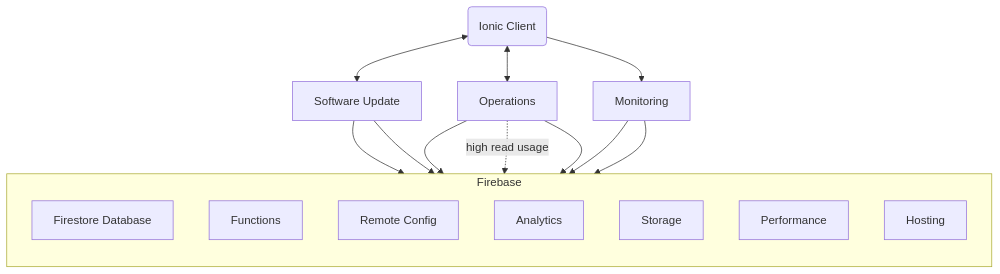
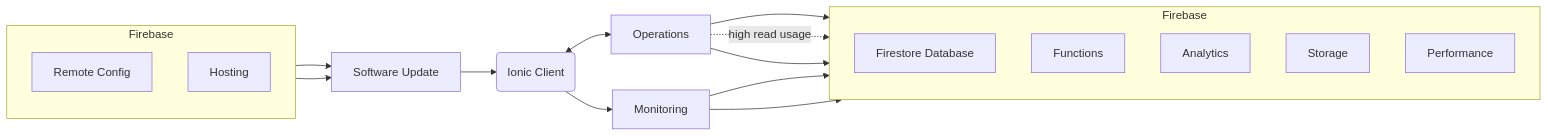
The diagram in client/public/article/2025-11-13.md (SiegeSailor/Website), drawn with Mermaid before and after one commit. The commit also changed 2 other files, not shown here.

Commit message:
fix: Enhance styling for Mermaid and ModalImage components

````diff
--- a/client/public/article/2025-11-13.md
+++ b/client/public/article/2025-11-13.md
@@ -22,26 +22,30 @@
 ```mermaid
-flowchart TB
-  subgraph Firebase
+flowchart LR
+  subgraph F1[Firebase]
+    direction TB
+    RC[Remote Config]
+    H[Hosting]
+  end
+
+  subgraph F2[Firebase]
     direction TB
     FD[Firestore Database]
     F[Functions]
-    RF[Remote Config]
     A[Analytics]
     S[Storage]
     P[Performance]
-    H[Hosting]
   end
 
-  IC(Ionic Client) <--> SU[Software Update]
-  SU --> RF
-  SU --> H
+  SU[Software Update] --> IC(Ionic Client)
+  RC --> SU
+  H --> SU
 
   IC <--> O[Operations]
   O --> F
   O -.-> |high read usage| FD
   O --> S
 
   IC --> M[Monitoring]
   M --> A
   M --> P
 ```
````
